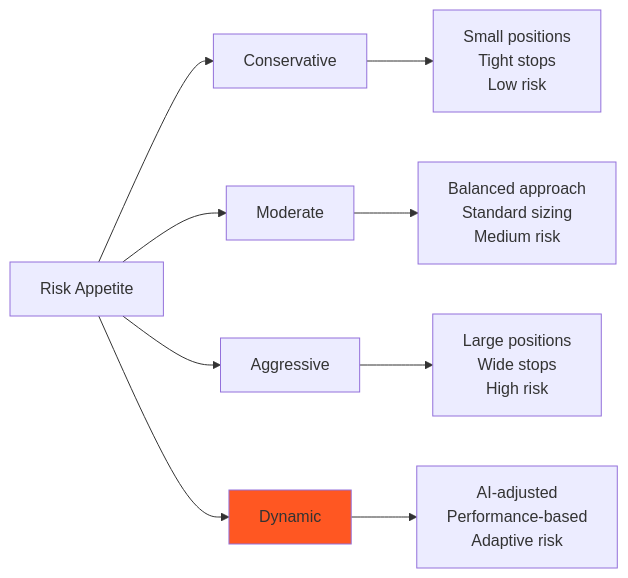
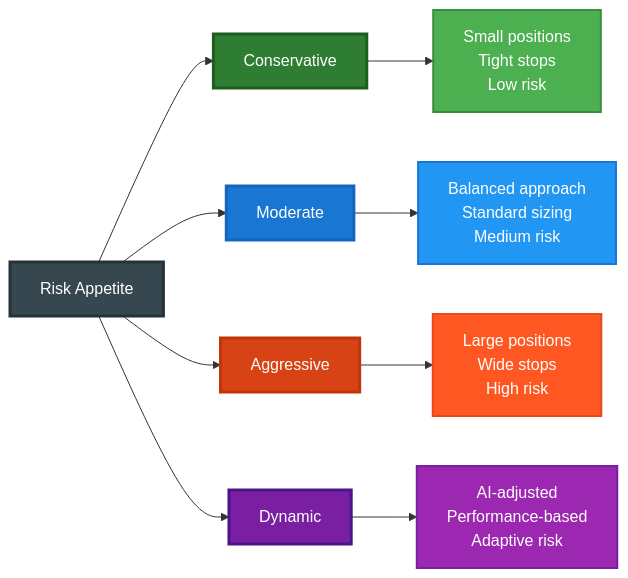
Before and after one commit to solid-computing/AI-Trading: the fourth of 5 diagrams in AI_SYSTEM.md, drawn with Mermaid. The commit also changed other lines of this file and 1 other file, not shown here.

Commit message:
Enhance mermaid diagrams with improved color contrast and accessibility

````diff
--- a/AI_SYSTEM.md
+++ b/AI_SYSTEM.md
@@ -168,14 +212,23 @@
 ```mermaid
 graph LR
     A[Risk Appetite] --> B[Conservative]
     A --> C[Moderate]
     A --> D[Aggressive]
     A --> E[Dynamic]
     
     B --> F[Small positions<br/>Tight stops<br/>Low risk]
     C --> G[Balanced approach<br/>Standard sizing<br/>Medium risk]
     D --> H[Large positions<br/>Wide stops<br/>High risk]
     E --> I[AI-adjusted<br/>Performance-based<br/>Adaptive risk]
     
-    style E fill:#ff5722
+    style A fill:#37474F,stroke:#263238,stroke-width:3px,color:#FFFFFF
+    style B fill:#2E7D32,stroke:#1B5E20,stroke-width:3px,color:#FFFFFF
+    style C fill:#1976D2,stroke:#1565C0,stroke-width:3px,color:#FFFFFF
+    style D fill:#D84315,stroke:#BF360C,stroke-width:3px,color:#FFFFFF
+    style E fill:#7B1FA2,stroke:#4A148C,stroke-width:3px,color:#FFFFFF
+    
+    style F fill:#4CAF50,stroke:#388E3C,stroke-width:2px,color:#FFFFFF
+    style G fill:#2196F3,stroke:#1976D2,stroke-width:2px,color:#FFFFFF
+    style H fill:#FF5722,stroke:#E64A19,stroke-width:2px,color:#FFFFFF
+    style I fill:#9C27B0,stroke:#7B1FA2,stroke-width:2px,color:#FFFFFF
 ```
````
